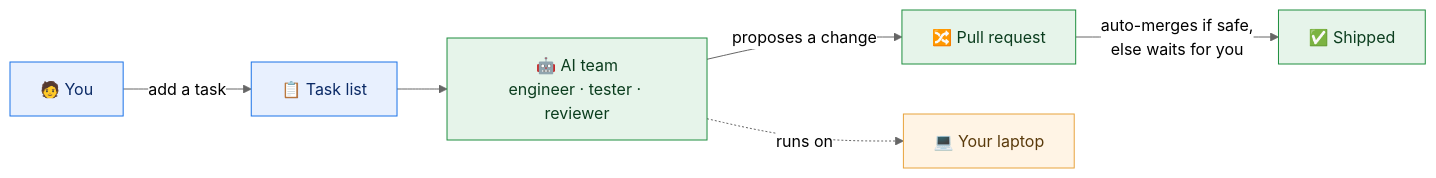
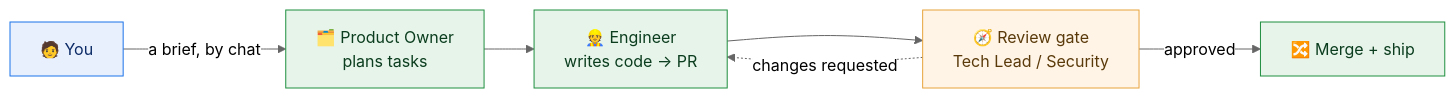
The first of 4 diagrams in README.md (hamadsec/paperclip-ai-company), drawn with Mermaid (neutral theme) before and after one commit. The commit also changed other lines of this file and 6 other files, not shown here.

First line of the commit message:
Refresh for the finished, proven company; executable build-your-own guide; cleaner Mermaid diagrams

````diff
--- a/README.md
+++ b/README.md
@@ -16,15 +20,16 @@
 ```mermaid
 flowchart LR
-    YOU["🧑 You"] -->|add a task| BOARD["📋 Task list"]
-    BOARD --> TEAM["🤖 AI team<br/>engineer · tester · reviewer"]
-    TEAM -->|proposes a change| PR["🔀 Pull request"]
-    PR -->|auto-merges if safe,<br/>else waits for you| DONE["✅ Shipped"]
-    TEAM -. runs on .-> LAPTOP["💻 Your laptop"]
+    YOU["🧑 You"] -->|a brief, by chat| PO["🗂️ Product Owner<br/>plans tasks"]
+    PO --> ENG["👷 Engineer<br/>writes code → PR"]
+    ENG --> REV["🧭 Review gate<br/>Tech Lead / Security"]
+    REV -->|approved| MERGE["🔀 Merge + ship"]
+    REV -. changes requested .-> ENG
 
     classDef a fill:#e8f0fe,stroke:#1a73e8,color:#0b2a66;
     classDef b fill:#e6f4ea,stroke:#1e8e3e,color:#0b3d1e;
     classDef c fill:#fff4e5,stroke:#e8a33d,color:#5a3a0b;
-    class YOU,BOARD a;
-    class TEAM,PR,DONE b;
-    class LAPTOP c;
+    class YOU a;
+    class PO,ENG b;
+    class REV c;
+    class MERGE b;
 ```
````
